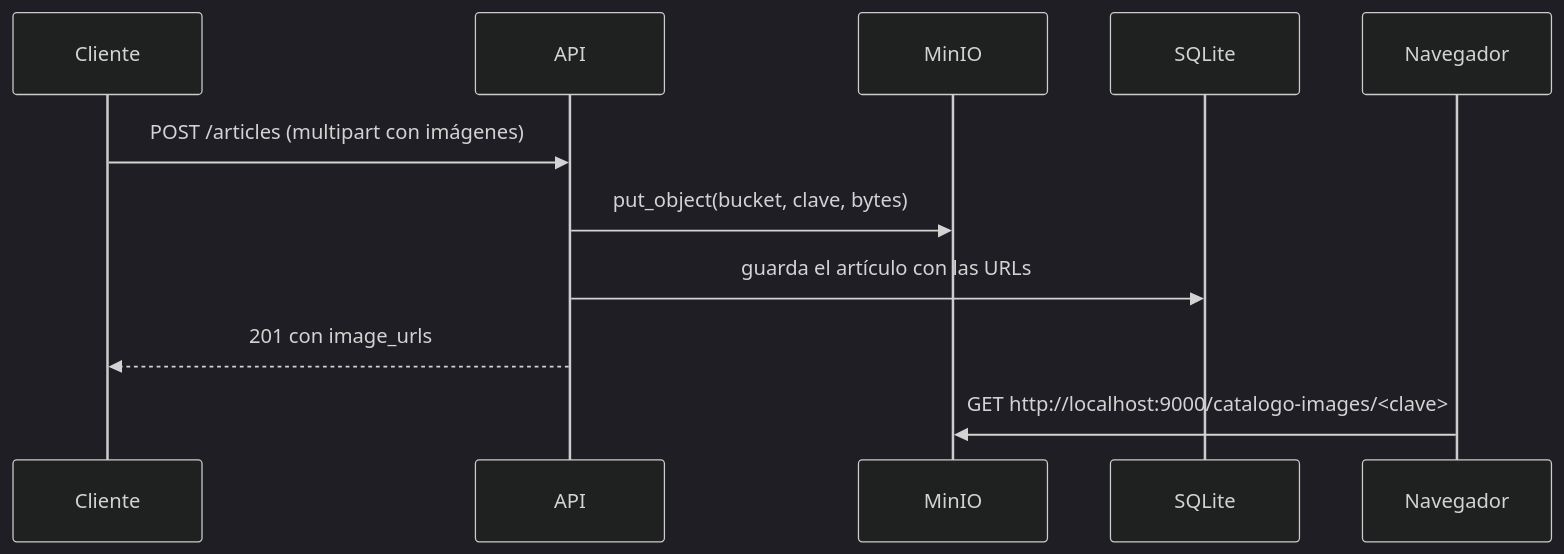
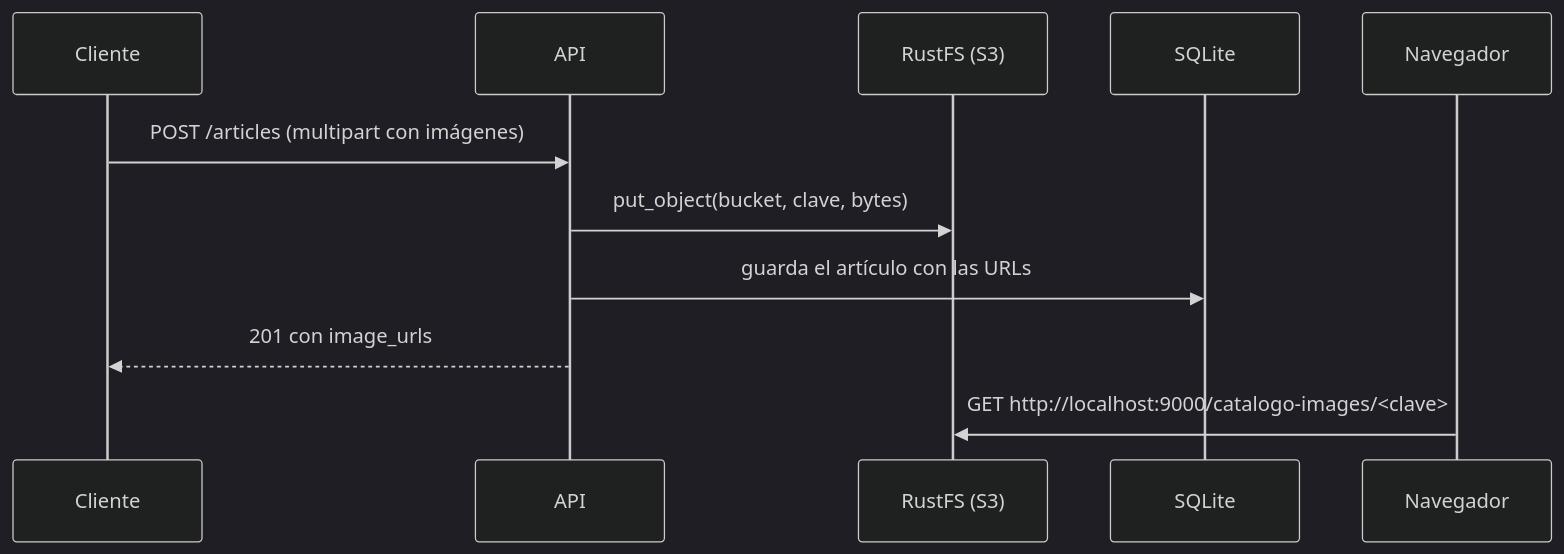
One commit to soyeison/virtual-shoes-catalog changed the diagram in virtual-catalog-api/docs/storage.md. Above: the diagram before and after it, drawn with Mermaid (dark theme). The commit also changed other lines of this file and 11 other files, not shown here.

Commit message:
Update API docs for RustFS storage and S3 variables

````diff
--- a/virtual-catalog-api/docs/storage.md
+++ b/virtual-catalog-api/docs/storage.md
@@ -7,14 +9,14 @@
 ```mermaid
 sequenceDiagram
     participant C as Cliente
     participant API
-    participant M as MinIO
+    participant S as RustFS (S3)
     participant DB as SQLite
     participant B as Navegador
 
     C->>API: POST /articles (multipart con imágenes)
-    API->>M: put_object(bucket, clave, bytes)
+    API->>S: put_object(bucket, clave, bytes)
     API->>DB: guarda el artículo con las URLs
     API-->>C: 201 con image_urls
-    B->>M: GET http://localhost:9000/catalogo-images/<clave>
+    B->>S: GET http://localhost:9000/catalogo-images/<clave>
 ```
````
